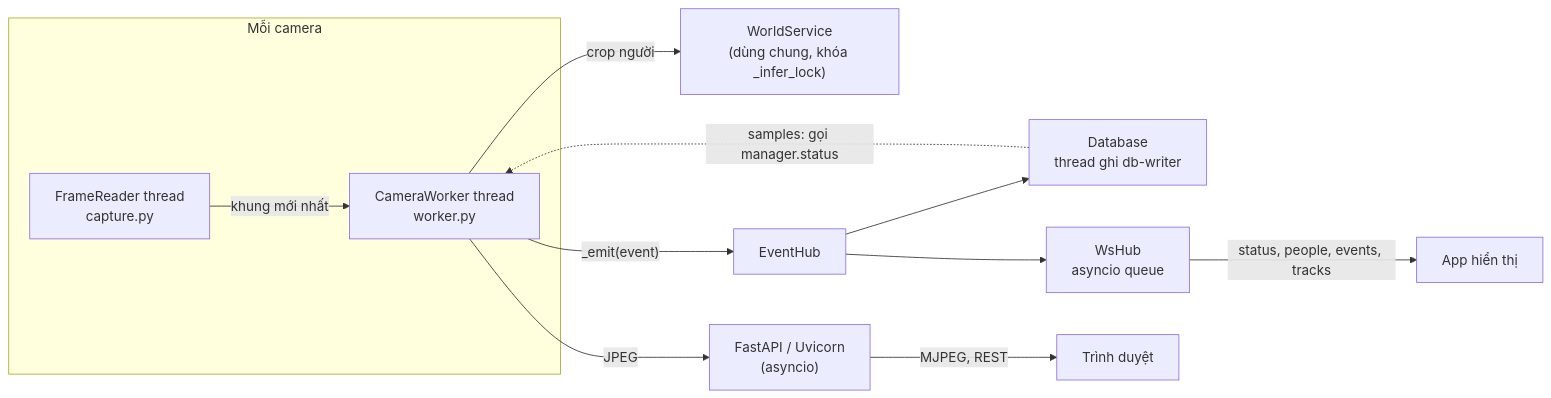
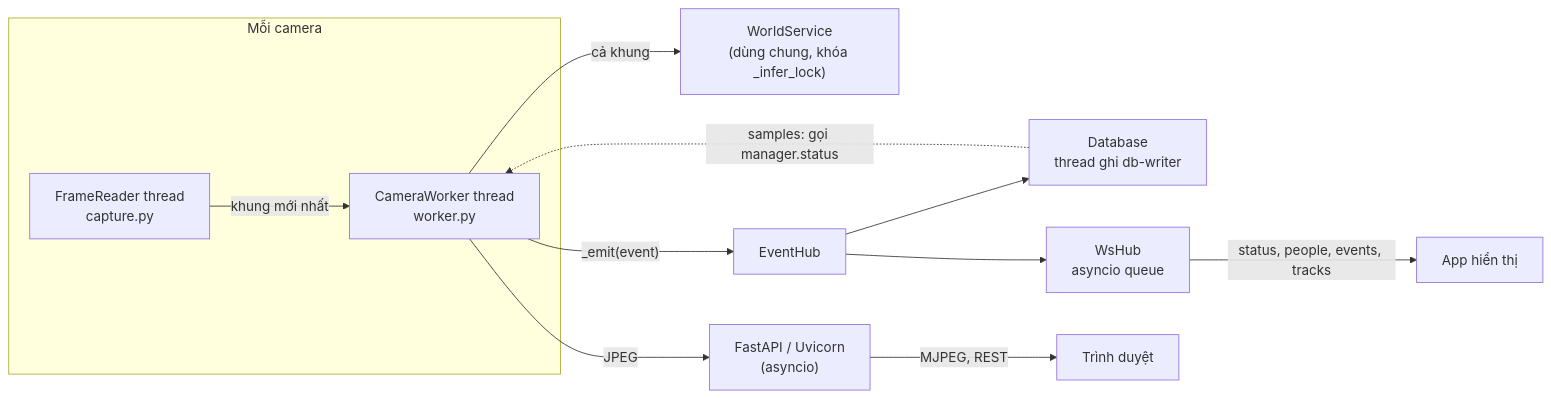
One commit to pyke2215/VisionExpo changed the diagram in docs/CODE.md. Above: the diagram before and after it, drawn with Mermaid. The commit also changed other lines of this file and 30 other files, not shown here.

````diff
--- a/docs/CODE.md
+++ b/docs/CODE.md
@@ -57,14 +58,14 @@
 ```mermaid
 flowchart LR
   subgraph cam["Mỗi camera"]
     R["FrameReader thread<br/>capture.py"] -->|khung mới nhất| W["CameraWorker thread<br/>worker.py"]
   end
-  W -->|crop người| WS["WorldService<br/>(dùng chung, khóa _infer_lock)"]
+  W -->|cả khung| WS["WorldService<br/>(dùng chung, khóa _infer_lock)"]
   W -->|"_emit(event)"| H["EventHub"]
   H --> DB["Database<br/>thread ghi db-writer"]
   H --> WSH["WsHub<br/>asyncio queue"]
   W -->|JPEG| API["FastAPI / Uvicorn<br/>(asyncio)"]
   API -->|"MJPEG, REST"| B["Trình duyệt"]
   WSH -->|"status, people, events, tracks"| C["App hiển thị"]
   DB -.->|samples: gọi manager.status| W
 ```
````
